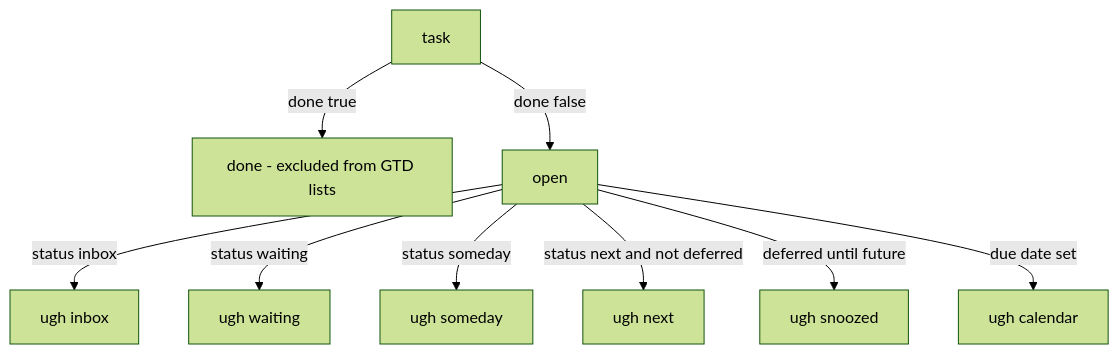
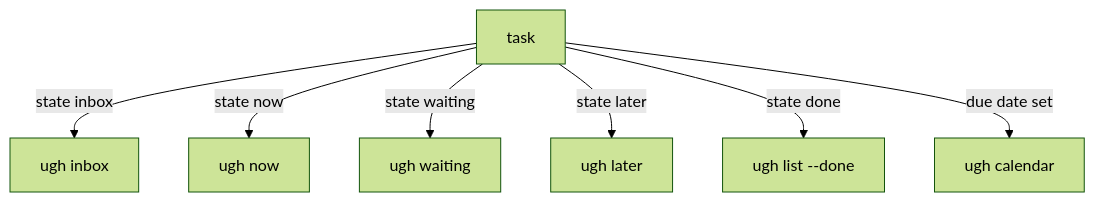
One commit to mholtzscher/ugh changed the second of 2 diagrams in README.md. Above: the diagram before and after it, drawn with Mermaid (forest theme). The commit also changed other lines of this file and 31 other files, not shown here.

First line of the commit message:
feat: refactor task model from GTD status/state to unified state system

````diff
--- a/README.md
+++ b/README.md
@@ -164,14 +173,10 @@
 ```mermaid
 flowchart TB
   T[task]
-  T -->|done true| Done["done - excluded from GTD lists"]
-  T -->|done false| Open[open]
-
-  Open -->|status inbox| Inbox["ugh inbox"]
-  Open -->|status waiting| Waiting["ugh waiting"]
-  Open -->|status someday| Someday["ugh someday"]
-
-  Open -->|status next and not deferred| Next["ugh next"]
-  Open -->|deferred until future| Snoozed["ugh snoozed"]
-  Open -->|due date set| Cal["ugh calendar"]
+  T -->|state inbox| Inbox["ugh inbox"]
+  T -->|state now| Now["ugh now"]
+  T -->|state waiting| Waiting["ugh waiting"]
+  T -->|state later| Later["ugh later"]
+  T -->|state done| Done["ugh list --done"]
+  T -->|due date set| Cal["ugh calendar"]
 ```
````
